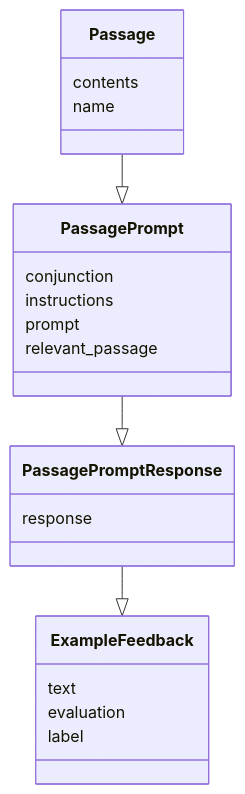
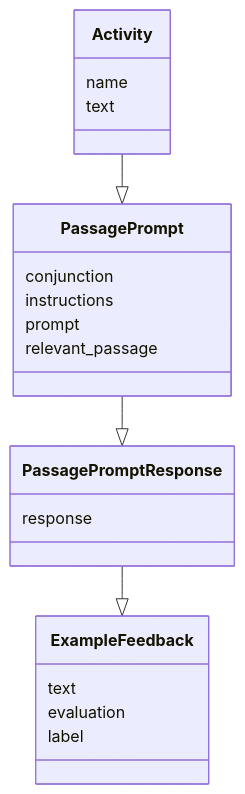
Before and after one commit to empirical-org/Empirical-Core: the first of 3 diagrams in services/QuillLMS/engines/evidence/app/models/evidence/research/readme.md, drawn with Mermaid. The commit also changed other lines of this file, not shown here.

Commit message:
Update mermaid

````diff
--- a/services/QuillLMS/engines/evidence/app/models/evidence/research/readme.md
+++ b/services/QuillLMS/engines/evidence/app/models/evidence/research/readme.md
@@ -5,24 +5,24 @@
 ```mermaid
 classDiagram
-    class Passage {
-         contents
+    class Activity {
          name
+         text
     }
     class PassagePrompt {
          conjunction
          instructions
          prompt
          relevant_passage
     }
     class PassagePromptResponse {
          response
     }
     class ExampleFeedback {
          text
          evaluation
          label
     }
-    Passage --|> PassagePrompt
+    Activity --|> PassagePrompt
     PassagePrompt --|> PassagePromptResponse
     PassagePromptResponse --|> ExampleFeedback
 ```
````
